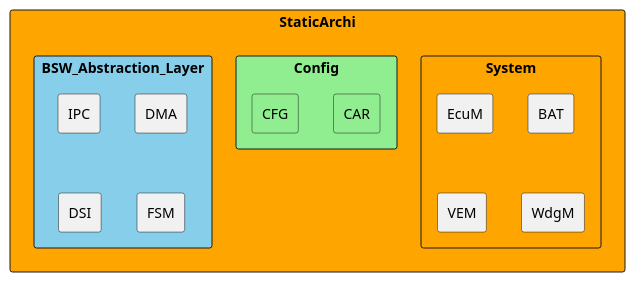
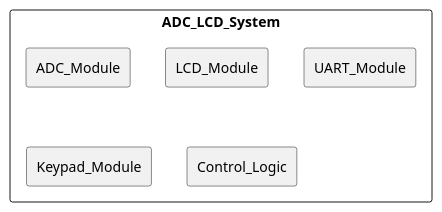
One commit to sseifsalama/ADC-LCD-Interface changed the first of 3 diagrams in design/project_design_tpl.md. Above: the diagram before and after it, drawn with PlantUML. The commit also changed other lines of this file, not shown here.

````diff
--- a/design/project_design_tpl.md
+++ b/design/project_design_tpl.md
@@ -37,24 +40,11 @@
 ```plantuml
 @startuml
-rectangle StaticArchi #orange {
-    rectangle System #orange {
-        rectangle EcuM
-        rectangle BAT
-        rectangle VEM
-        rectangle WdgM
-    }
-    rectangle Config #lightgreen {
-        rectangle CAR #lightgreen
-        rectangle CFG #lightgreen
-    }
-
-    rectangle BSW_Abstraction_Layer #skyblue {
-            rectangle IPC
-            rectangle DMA
-            rectangle DSI
-            rectangle FSM
-    }
+rectangle ADC_LCD_System {
+    rectangle ADC_Module
+    rectangle LCD_Module
+    rectangle UART_Module
+    rectangle Keypad_Module
+    rectangle Control_Logic
 }
 @enduml
-
 ```
````
